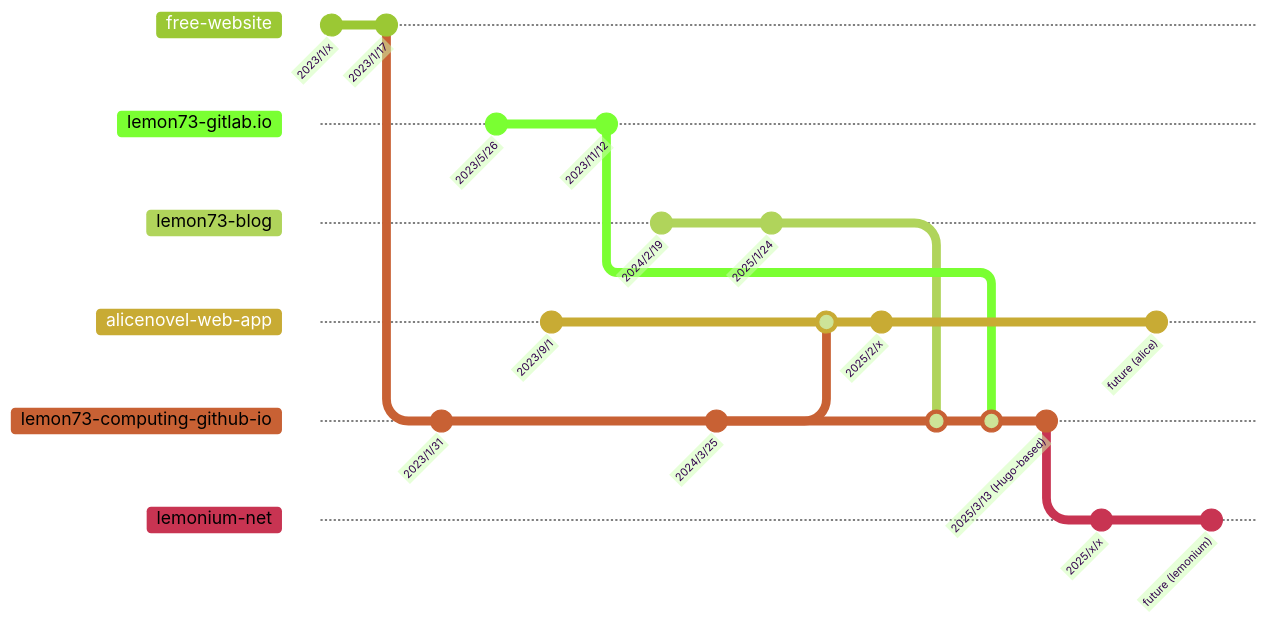
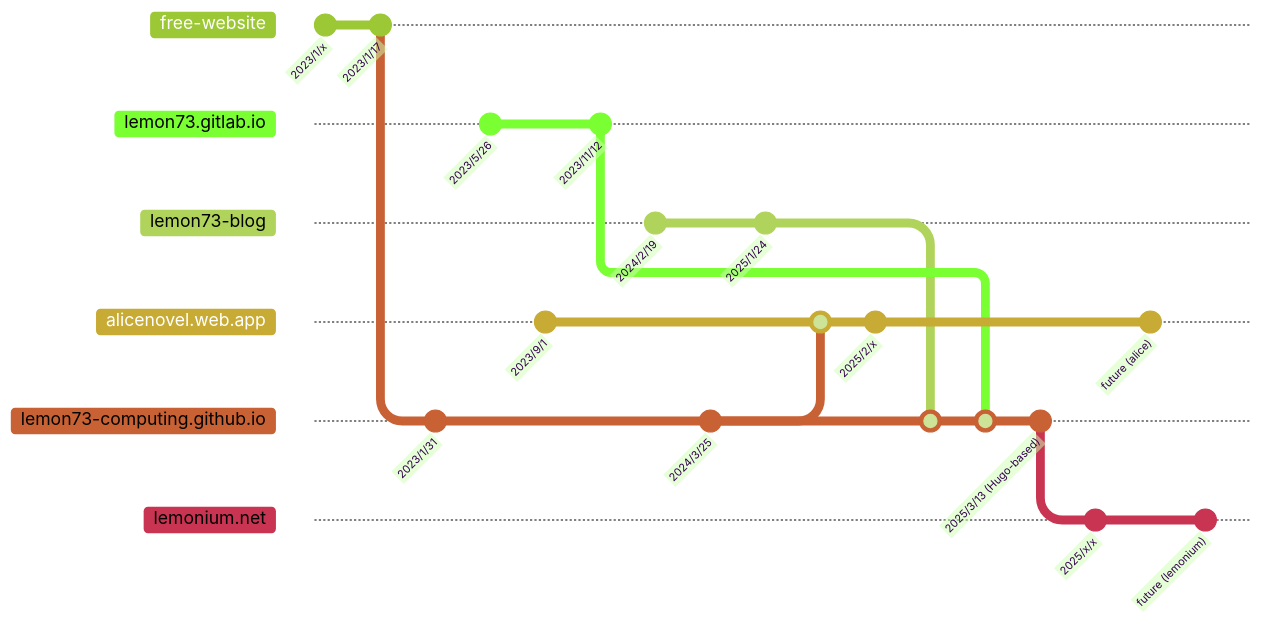
The diagram in static/archives/website-history.md (Lemon73-Computing/lemon73-computing.github.io), drawn with Mermaid before and after one commit. The commit also changed other lines of this file, not shown here.

Commit message:
docs(website-history): change links in mermaid

````diff
--- a/static/archives/website-history.md
+++ b/static/archives/website-history.md
@@ -7,55 +7,55 @@
 ```mermaid
 %%{
   init: {
     'theme': 'forest',
     'gitGraph': { 'mainBranchName': 'free-website' }
   }
 }%%
 
 gitGraph
-  branch lemon73-gitlab.io
+  branch lemon73.gitlab.io
   branch lemon73-blog
-  branch alicenovel-web-app
+  branch alicenovel.web.app
   checkout free-website
   commit id: "2023/1/x"
   commit id: "2023/1/17"
 
-  branch lemon73-computing-github-io
+  branch lemon73-computing.github.io
   commit id: "2023/1/31"
 
-  checkout lemon73-gitlab.io
+  checkout lemon73.gitlab.io
   commit id: "2023/5/26"
 
-  checkout alicenovel-web-app
+  checkout alicenovel.web.app
   commit id: "2023/9/1"
 
-  checkout lemon73-gitlab.io
+  checkout lemon73.gitlab.io
   commit id: "2023/11/12"
 
   checkout lemon73-blog
   commit id: "2024/2/19"
 
-  checkout lemon73-computing-github-io
+  checkout lemon73-computing.github.io
   commit id: "2024/3/25"
 
   checkout lemon73-blog
   commit id: "2025/1/24"
 
-  checkout alicenovel-web-app
-  merge lemon73-computing-github-io
+  checkout alicenovel.web.app
+  merge lemon73-computing.github.io
   commit id: "2025/2/x"
 
-  checkout lemon73-computing-github-io
+  checkout lemon73-computing.github.io
   merge lemon73-blog
-  merge lemon73-gitlab.io
+  merge lemon73.gitlab.io
   commit id: "2025/3/13 (Hugo-based)"
 
-  branch lemonium-net
+  branch lemonium.net
   commit id: "2025/x/x"
 
-  checkout alicenovel-web-app
+  checkout alicenovel.web.app
   commit id: "future (alice)"
 
-  checkout lemonium-net
+  checkout lemonium.net
   commit id: "future (lemonium)"
 ```
````
